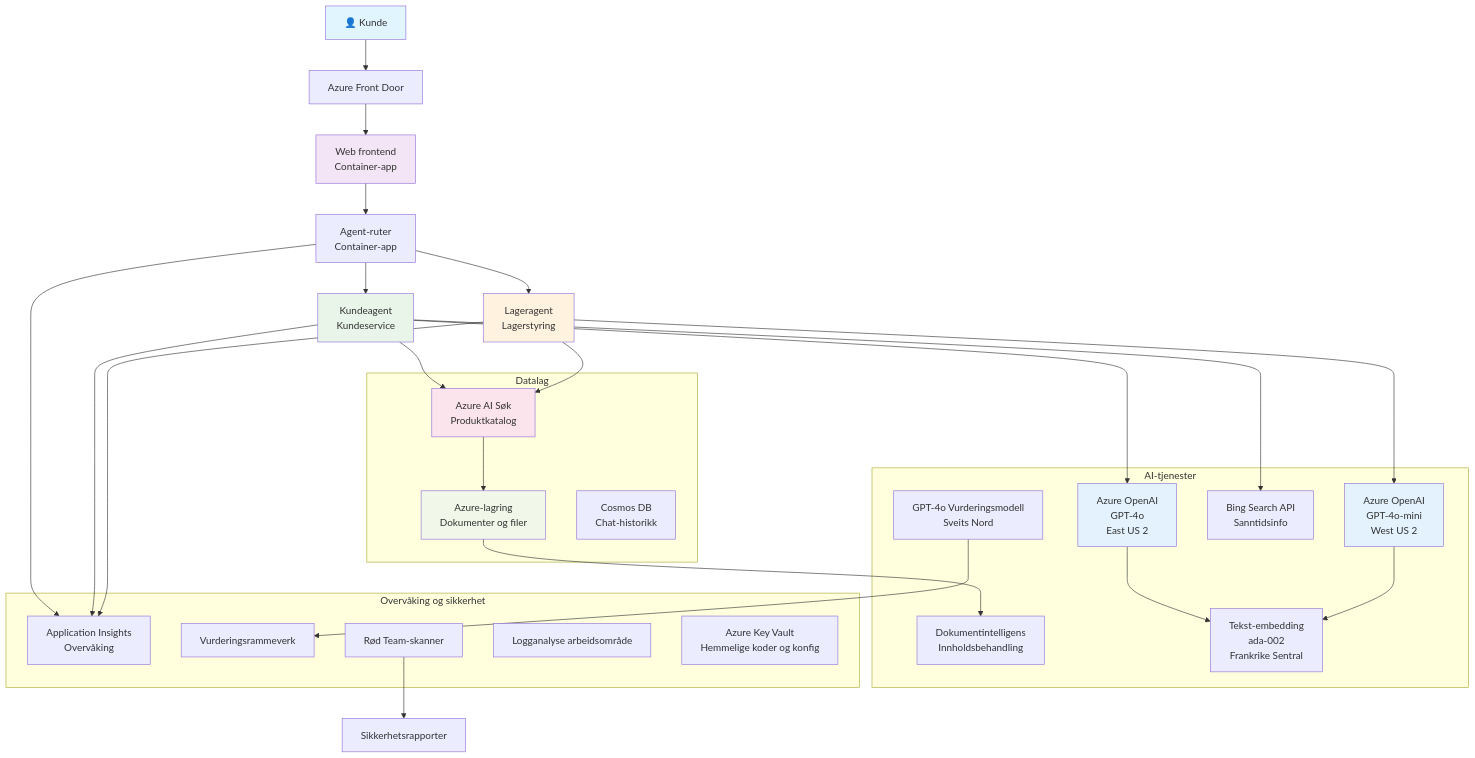
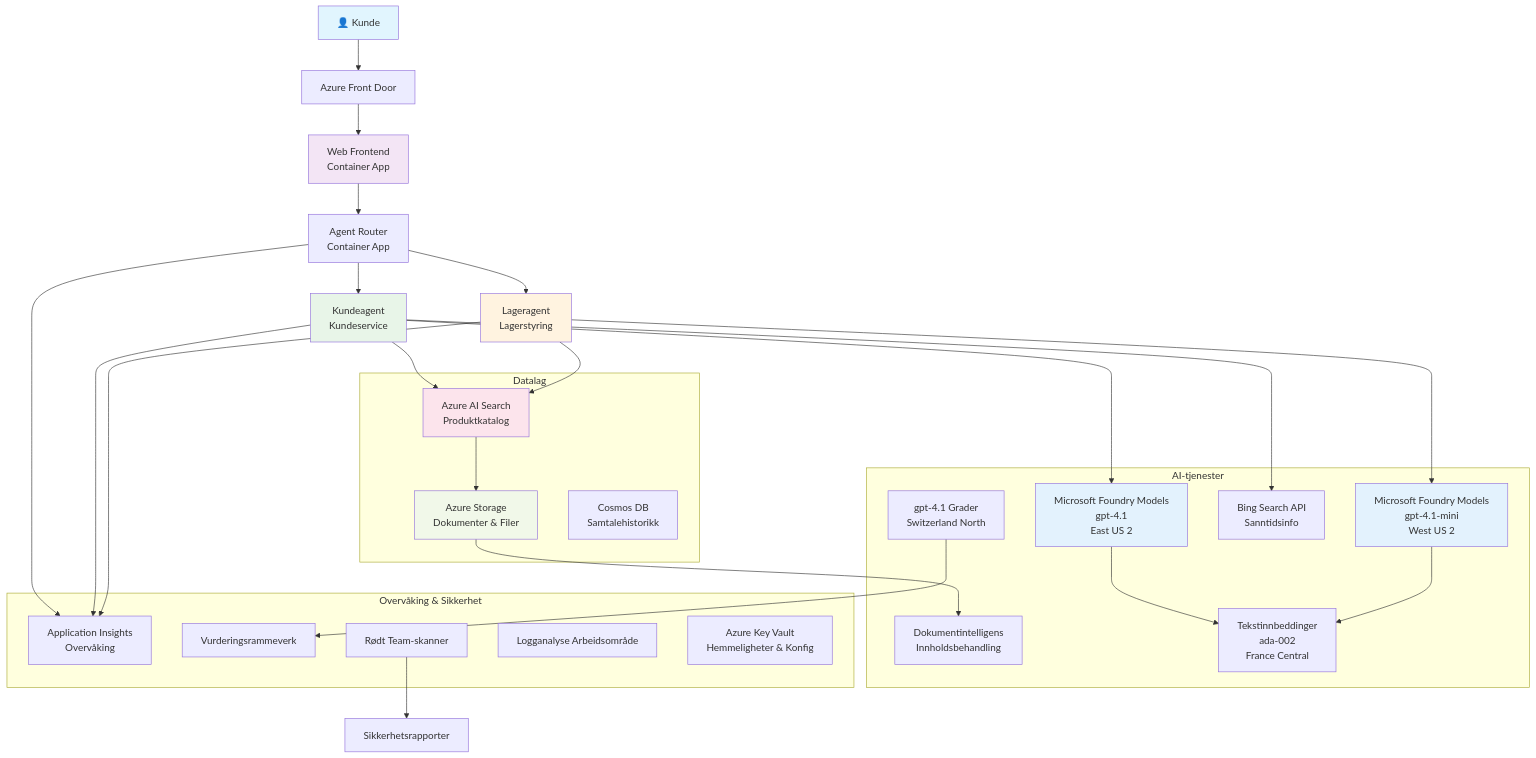
Before and after one commit to microsoft/AZD-for-beginners: the diagram in translations/no/examples/retail-scenario.md, drawn with Mermaid. The commit also changed other lines of this file and 101 other files, not shown here.

````diff
--- a/translations/no/examples/retail-scenario.md
+++ b/translations/no/examples/retail-scenario.md
@@ -139,61 +139,61 @@
 ```mermaid
 graph TB
     User[👤 Kunde] --> LB[Azure Front Door]
-    LB --> WebApp[Web frontend<br/>Container-app]
+    LB --> WebApp[Web Frontend<br/>Container App]
     
-    WebApp --> Router[Agent-ruter<br/>Container-app]
+    WebApp --> Router[Agent Router<br/>Container App]
     Router --> CustomerAgent[Kundeagent<br/>Kundeservice]
     Router --> InvAgent[Lageragent<br/>Lagerstyring]
     
-    CustomerAgent --> OpenAI1[Azure OpenAI<br/>GPT-4o<br/>East US 2]
-    InvAgent --> OpenAI2[Azure OpenAI<br/>GPT-4o-mini<br/>West US 2]
+    CustomerAgent --> OpenAI1[Microsoft Foundry Models<br/>gpt-4.1<br/>East US 2]
+    InvAgent --> OpenAI2[Microsoft Foundry Models<br/>gpt-4.1-mini<br/>West US 2]
     
-    CustomerAgent --> AISearch[Azure AI Søk<br/>Produktkatalog]
+    CustomerAgent --> AISearch[Azure AI Search<br/>Produktkatalog]
     CustomerAgent --> BingSearch[Bing Search API<br/>Sanntidsinfo]
     InvAgent --> AISearch
     
-    AISearch --> Storage[Azure-lagring<br/>Dokumenter og filer]
+    AISearch --> Storage[Azure Storage<br/>Dokumenter & Filer]
     Storage --> DocIntel[Dokumentintelligens<br/>Innholdsbehandling]
     
-    OpenAI1 --> Embeddings[Tekst-embedding<br/>ada-002<br/>Frankrike Sentral]
+    OpenAI1 --> Embeddings[Tekstinnbeddinger<br/>ada-002<br/>France Central]
     OpenAI2 --> Embeddings
     
     Router --> AppInsights[Application Insights<br/>Overvåking]
     CustomerAgent --> AppInsights
     InvAgent --> AppInsights
     
-    GraderModel[GPT-4o Vurderingsmodell<br/>Sveits Nord] --> Evaluation[Vurderingsrammeverk]
-    RedTeam[Rød Team-skanner] --> SecurityReports[Sikkerhetsrapporter]
+    GraderModel[gpt-4.1 Grader<br/>Switzerland North] --> Evaluation[Vurderingsrammeverk]
+    RedTeam[Rødt Team-skanner] --> SecurityReports[Sikkerhetsrapporter]
     
     subgraph "Datalag"
         Storage
         AISearch
-        CosmosDB[Cosmos DB<br/>Chat-historikk]
+        CosmosDB[Cosmos DB<br/>Samtalehistorikk]
     end
     
     subgraph "AI-tjenester"
         OpenAI1
         OpenAI2
         Embeddings
         GraderModel
         DocIntel
         BingSearch
     end
     
-    subgraph "Overvåking og sikkerhet"
+    subgraph "Overvåking & Sikkerhet"
         AppInsights
-        LogAnalytics[Logganalyse arbeidsområde]
-        KeyVault[Azure Key Vault<br/>Hemmelige koder og konfig]
+        LogAnalytics[Logganalyse Arbeidsområde]
+        KeyVault[Azure Key Vault<br/>Hemmeligheter & Konfig]
         RedTeam
         Evaluation
     end
     
     style User fill:#e1f5fe
     style WebApp fill:#f3e5f5
     style CustomerAgent fill:#e8f5e8
     style InvAgent fill:#fff3e0
     style OpenAI1 fill:#e3f2fd
     style OpenAI2 fill:#e3f2fd
     style AISearch fill:#fce4ec
     style Storage fill:#f1f8e9
 ```
````
